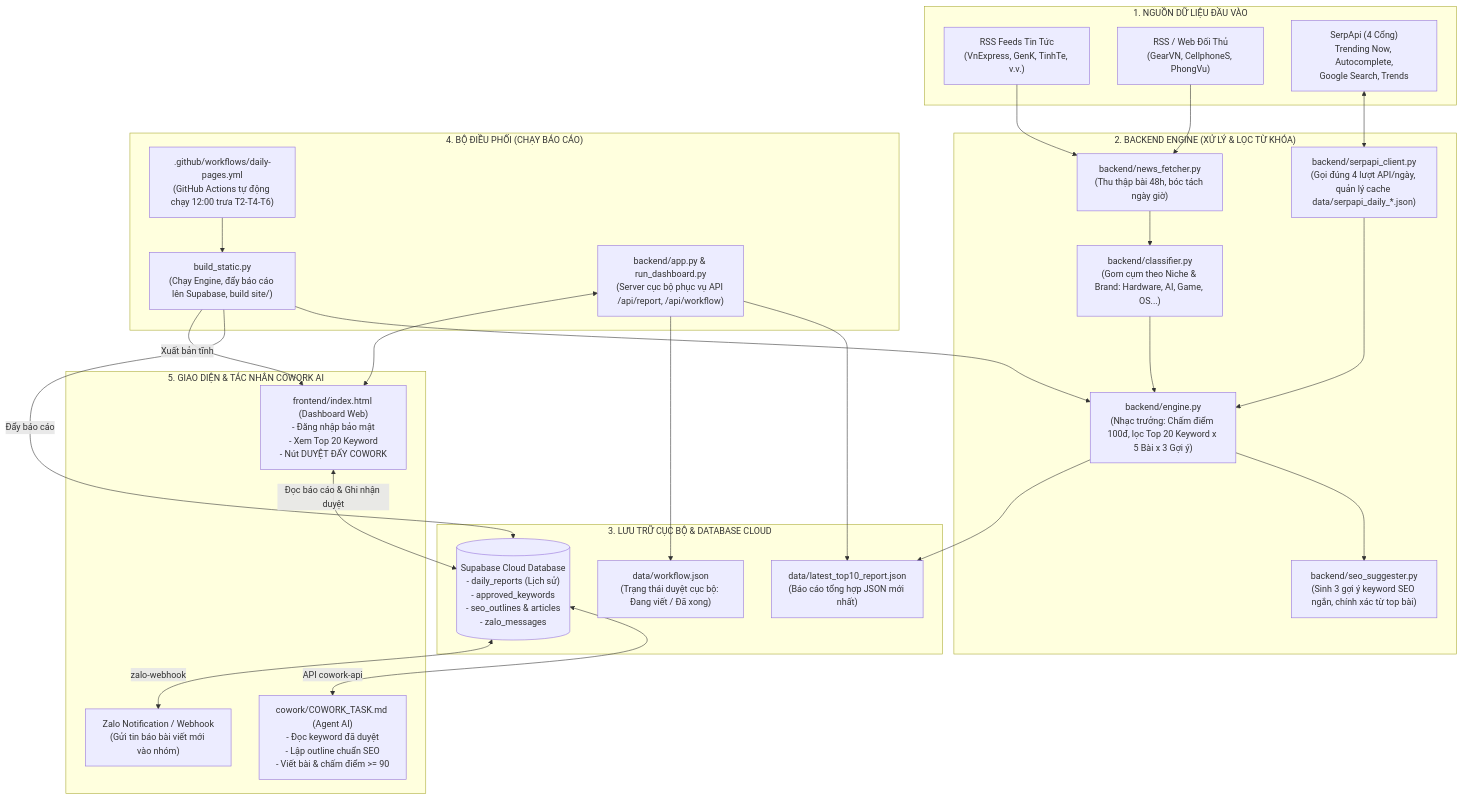
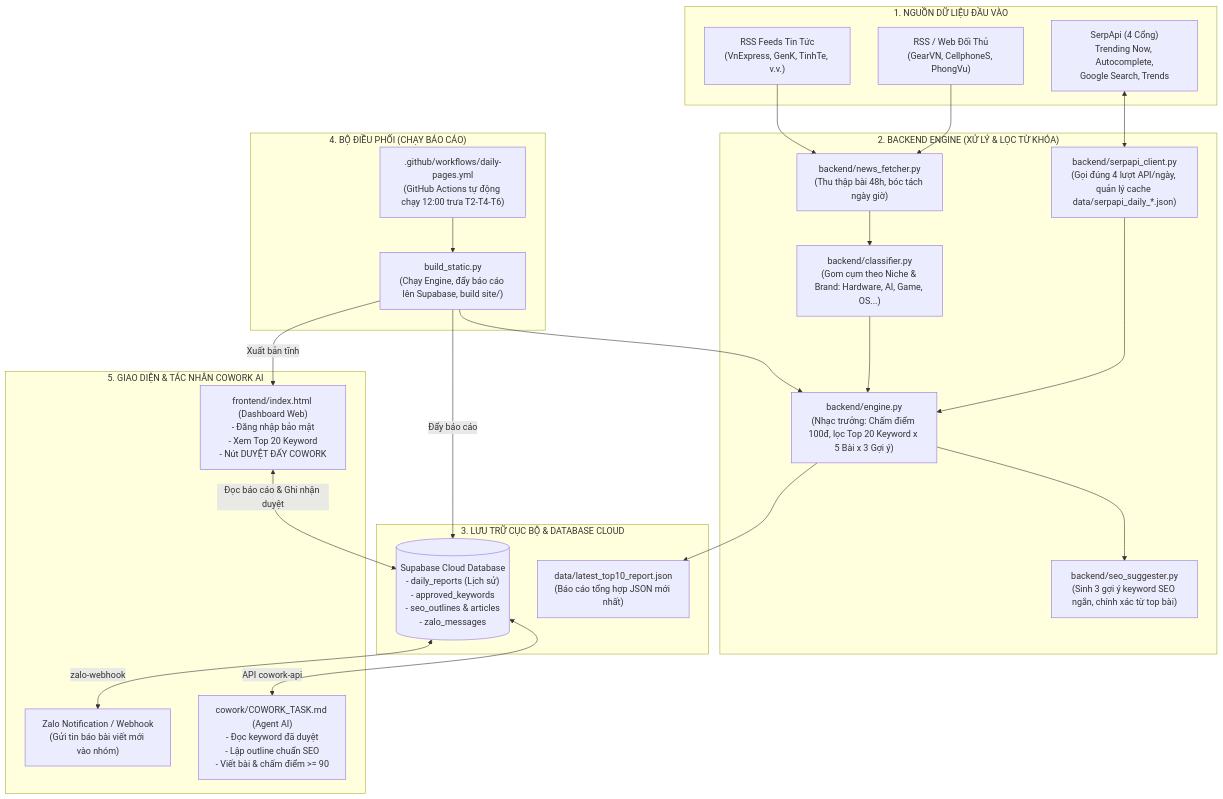
The first of 2 diagrams in docs/README_SO_DO_HE_THONG.md (trantrang674/KEY_TNC), drawn with Mermaid before and after one commit. The commit also changed other lines of this file and 6 other files, not shown here.

````diff
--- a/docs/README_SO_DO_HE_THONG.md
+++ b/docs/README_SO_DO_HE_THONG.md
@@ -18,58 +18,53 @@
 ```mermaid
 flowchart TB
     subgraph SOURCES ["1. NGUỒN DỮ LIỆU ĐẦU VÀO"]
         RSS["RSS Feeds Tin Tức\n(VnExpress, GenK, TinhTe, v.v.)"]
         COMP["RSS / Web Đối Thủ\n(GearVN, CellphoneS, PhongVu)"]
         SERP_API["SerpApi (4 Cổng)\nTrending Now, Autocomplete,\nGoogle Search, Trends"]
     end
 
     subgraph BACKEND ["2. BACKEND ENGINE (XỬ LÝ & LỌC TỪ KHÓA)"]
         NF["backend/news_fetcher.py\n(Thu thập bài 48h, bóc tách ngày giờ)"]
         CL["backend/classifier.py\n(Gom cụm theo Niche & Brand: Hardware, AI, Game, OS...)"]
         SC["backend/serpapi_client.py\n(Gọi đúng 4 lượt API/ngày, quản lý cache data/serpapi_daily_*.json)"]
         SS["backend/seo_suggester.py\n(Sinh 3 gợi ý keyword SEO ngắn, chính xác từ top bài)"]
         ENG["backend/engine.py\n(Nhạc trưởng: Chấm điểm 100đ, lọc Top 20 Keyword x 5 Bài x 3 Gợi ý)"]
     end
 
     subgraph DATA_STORAGE ["3. LƯU TRỮ CỤC BỘ & DATABASE CLOUD"]
         LOCAL_JSON["data/latest_top10_report.json\n(Báo cáo tổng hợp JSON mới nhất)"]
-        WORKFLOW_JSON["data/workflow.json\n(Trạng thái duyệt cục bộ: Đang viết / Đã xong)"]
         SUPABASE[("Supabase Cloud Database\n- daily_reports (Lịch sử)\n- approved_keywords\n- seo_outlines & articles\n- zalo_messages")]
     end
 
     subgraph WORKFLOW_RUNNERS ["4. BỘ ĐIỀU PHỐI (CHẠY BÁO CÁO)"]
         GHA[".github/workflows/daily-pages.yml\n(GitHub Actions tự động chạy 12:00 trưa T2-T4-T6)"]
         BS["build_static.py\n(Chạy Engine, đẩy báo cáo lên Supabase, build site/)"]
-        APP["backend/app.py & run_dashboard.py\n(Server cục bộ phục vụ API /api/report, /api/workflow)"]
     end
 
     subgraph USERS_AND_AGENTS ["5. GIAO DIỆN & TÁC NHÂN COWORK AI"]
         DASHBOARD["frontend/index.html (Dashboard Web)\n- Đăng nhập bảo mật\n- Xem Top 20 Keyword\n- Nút DUYỆT ĐẨY COWORK"]
         COWORK["cowork/COWORK_TASK.md (Agent AI)\n- Đọc keyword đã duyệt\n- Lập outline chuẩn SEO\n- Viết bài & chấm điểm >= 90"]
         ZALO["Zalo Notification / Webhook\n(Gửi tin báo bài viết mới vào nhóm)"]
     end
 
     %% Các luồng liên kết
     RSS & COMP --> NF
     NF --> CL
     CL --> ENG
     SERP_API <--> SC
     SC --> ENG
     ENG --> SS
     ENG --> LOCAL_JSON
     
     %% Bộ điều phối
     GHA --> BS
     BS --> ENG
     BS -->|Đẩy báo cáo| SUPABASE
     BS -->|Xuất bản tĩnh| DASHBOARD
 
-    APP --> LOCAL_JSON
-    APP --> WORKFLOW_JSON
-    APP <--> DASHBOARD
 
     %% Tương tác Web Dashboard & Supabase
     DASHBOARD <-->|Đọc báo cáo & Ghi nhận duyệt| SUPABASE
     SUPABASE <-->|API cowork-api| COWORK
     SUPABASE <-->|zalo-webhook| ZALO
 ```
````
